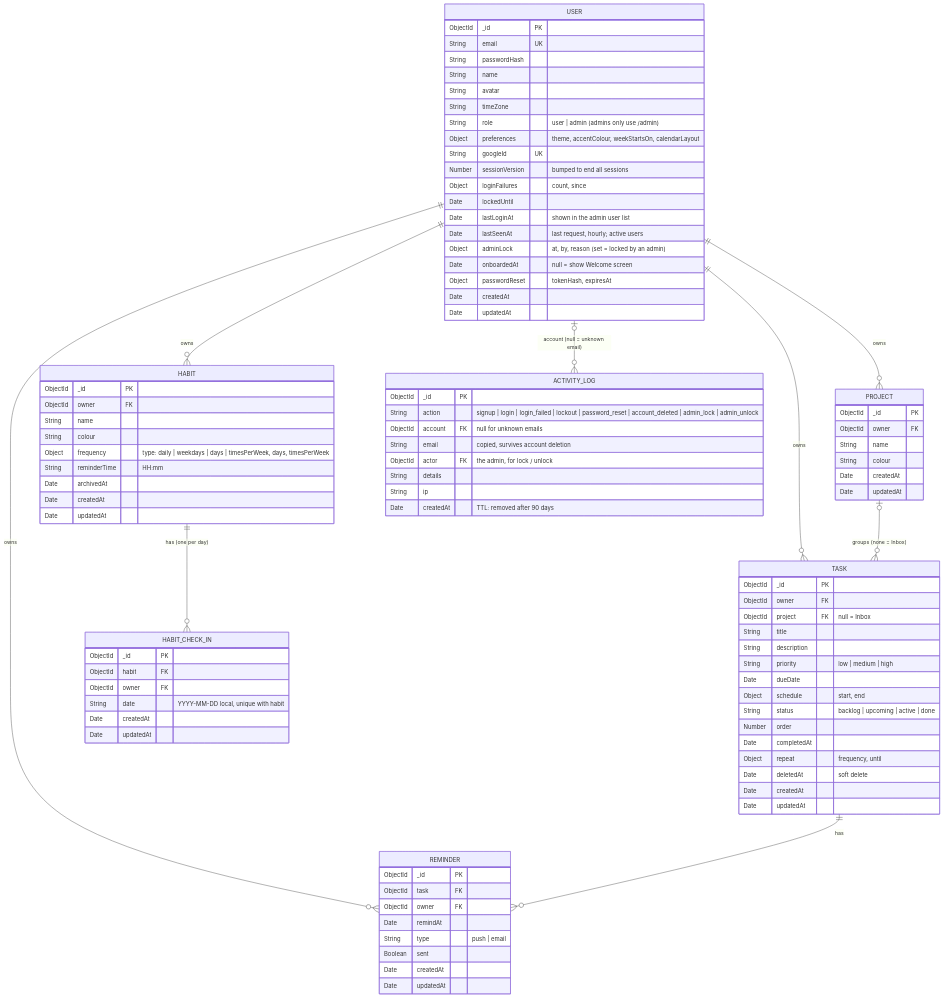
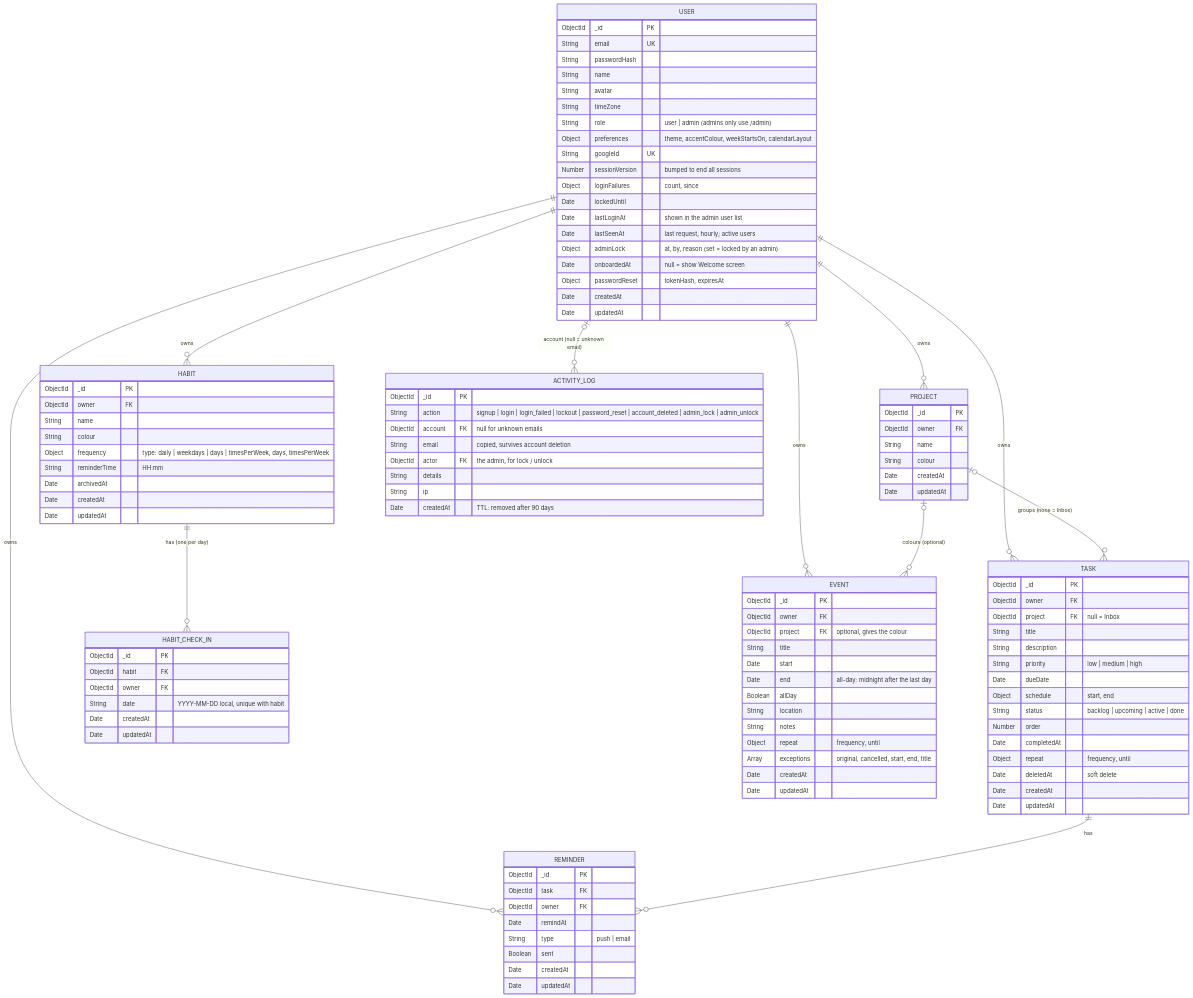
One commit to khang-ngo4444/VCD_Agendal changed the diagram in docs/erd.mmd. Above: the diagram before and after it, drawn with Mermaid. The commit also changed 8 other files, not shown here.

Commit message:
Add the Event model with repeats, to the ERD and the seed

```diff
--- a/docs/erd.mmd
+++ b/docs/erd.mmd
@@ -1,97 +1,114 @@
 %% Source for docs/erd.png. Re-render after editing:
 %% npx -y @mermaid-js/mermaid-cli -i docs/erd.mmd -o docs/erd.png -b white -s 2
 erDiagram
     USER ||--o{ PROJECT : owns
     USER ||--o{ TASK : owns
     USER ||--o{ REMINDER : owns
     PROJECT |o--o{ TASK : "groups (none = Inbox)"
     TASK ||--o{ REMINDER : has
     USER ||--o{ HABIT : owns
     HABIT ||--o{ HABIT_CHECK_IN : "has (one per day)"
     USER |o--o{ ACTIVITY_LOG : "account (null = unknown email)"
+    USER ||--o{ EVENT : owns
+    PROJECT |o--o{ EVENT : "colours (optional)"
 
     USER {
         ObjectId _id PK
         String email UK
         String passwordHash
         String name
         String avatar
         String timeZone
         String role "user | admin (admins only use /admin)"
         Object preferences "theme, accentColour, weekStartsOn, calendarLayout"
         String googleId UK
         Number sessionVersion "bumped to end all sessions"
         Object loginFailures "count, since"
         Date lockedUntil
         Date lastLoginAt "shown in the admin user list"
         Date lastSeenAt "last request, hourly; active users"
         Object adminLock "at, by, reason (set = locked by an admin)"
         Date onboardedAt "null = show Welcome screen"
         Object passwordReset "tokenHash, expiresAt"
         Date createdAt
         Date updatedAt
     }
     PROJECT {
         ObjectId _id PK
         ObjectId owner FK
         String name
         String colour
         Date createdAt
         Date updatedAt
     }
     TASK {
         ObjectId _id PK
         ObjectId owner FK
         ObjectId project FK "null = Inbox"
         String title
         String description
         String priority "low | medium | high"
         Date dueDate
         Object schedule "start, end"
         String status "backlog | upcoming | active | done"
         Number order
         Date completedAt
         Object repeat "frequency, until"
         Date deletedAt "soft delete"
         Date createdAt
         Date updatedAt
     }
     REMINDER {
         ObjectId _id PK
         ObjectId task FK
         ObjectId owner FK
         Date remindAt
         String type "push | email"
         Boolean sent
         Date createdAt
         Date updatedAt
     }
     HABIT {
         ObjectId _id PK
         ObjectId owner FK
         String name
         String colour
         Object frequency "type: daily | weekdays | days | timesPerWeek, days, timesPerWeek"
         String reminderTime "HH:mm"
         Date archivedAt
         Date createdAt
         Date updatedAt
     }
     HABIT_CHECK_IN {
         ObjectId _id PK
         ObjectId habit FK
         ObjectId owner FK
         String date "YYYY-MM-DD local, unique with habit"
         Date createdAt
         Date updatedAt
     }
+    EVENT {
+        ObjectId _id PK
+        ObjectId owner FK
+        ObjectId project FK "optional, gives the colour"
+        String title
+        Date start
+        Date end "all-day: midnight after the last day"
+        Boolean allDay
+        String location
+        String notes
+        Object repeat "frequency, until"
+        Array exceptions "original, cancelled, start, end, title"
+        Date createdAt
+        Date updatedAt
+    }
     ACTIVITY_LOG {
         ObjectId _id PK
         String action "signup | login | login_failed | lockout | password_reset | account_deleted | admin_lock | admin_unlock"
         ObjectId account FK "null for unknown emails"
         String email "copied, survives account deletion"
         ObjectId actor FK "the admin, for lock / unlock"
         String details
         String ip
         Date createdAt "TTL: removed after 90 days"
     }
```
